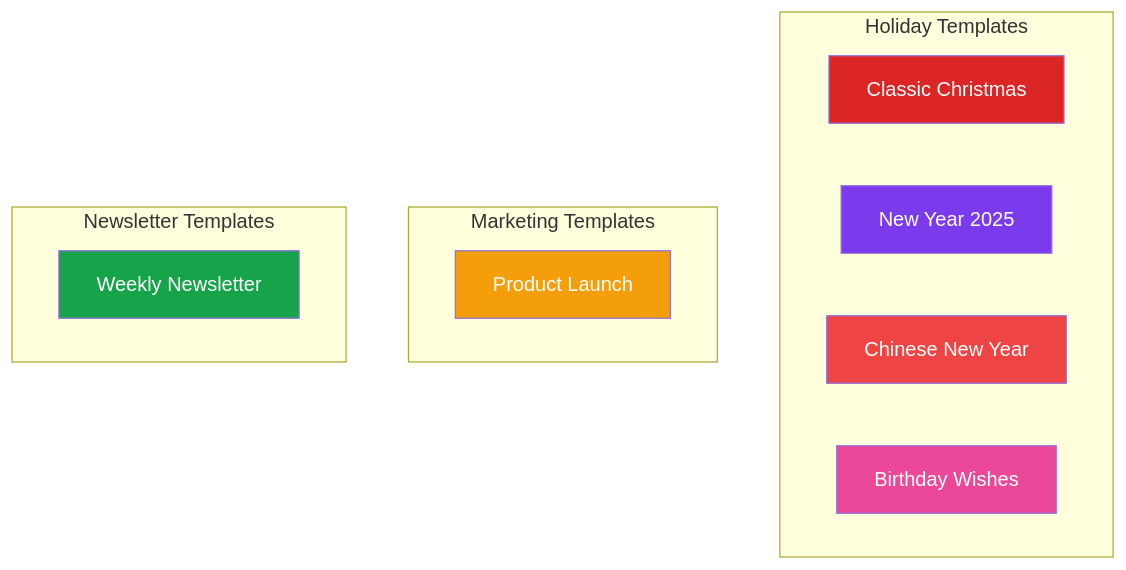
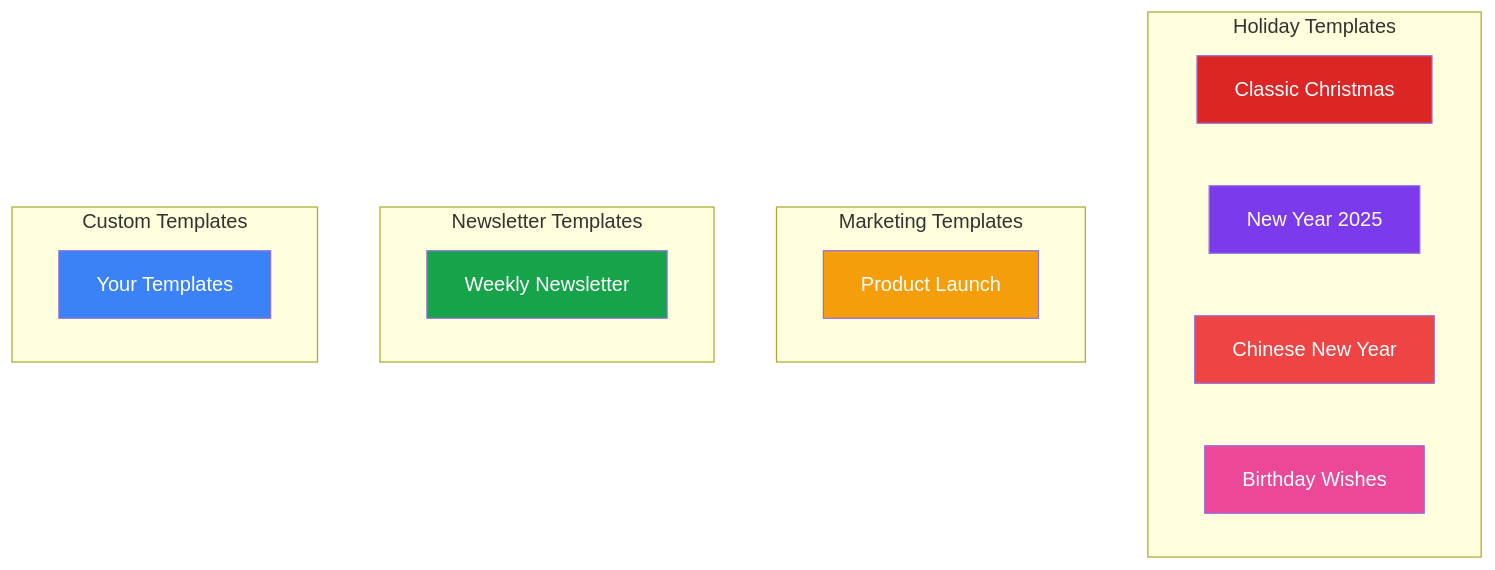
The seventh of 11 diagrams in TUTORIAL.md (ChanMeng666/send-joy), drawn with Mermaid before and after one commit. The commit also changed other lines of this file and 1 other file, not shown here.

````diff
--- a/TUTORIAL.md
+++ b/TUTORIAL.md
@@ -279,24 +319,29 @@
 ```mermaid
 graph TB
     subgraph "Holiday Templates"
         XMAS[Classic Christmas]
         NY[New Year 2025]
         CNY[Chinese New Year]
         BDAY[Birthday Wishes]
     end
 
     subgraph "Marketing Templates"
         LAUNCH[Product Launch]
     end
 
     subgraph "Newsletter Templates"
         WEEKLY[Weekly Newsletter]
     end
 
+    subgraph "Custom Templates"
+        USER[Your Templates]
+    end
+
     style XMAS fill:#DC2626,color:#fff
     style NY fill:#7C3AED,color:#fff
     style CNY fill:#EF4444,color:#fff
     style BDAY fill:#EC4899,color:#fff
     style LAUNCH fill:#F59E0B,color:#fff
     style WEEKLY fill:#16A34A,color:#fff
+    style USER fill:#3B82F6,color:#fff
 ```
````
